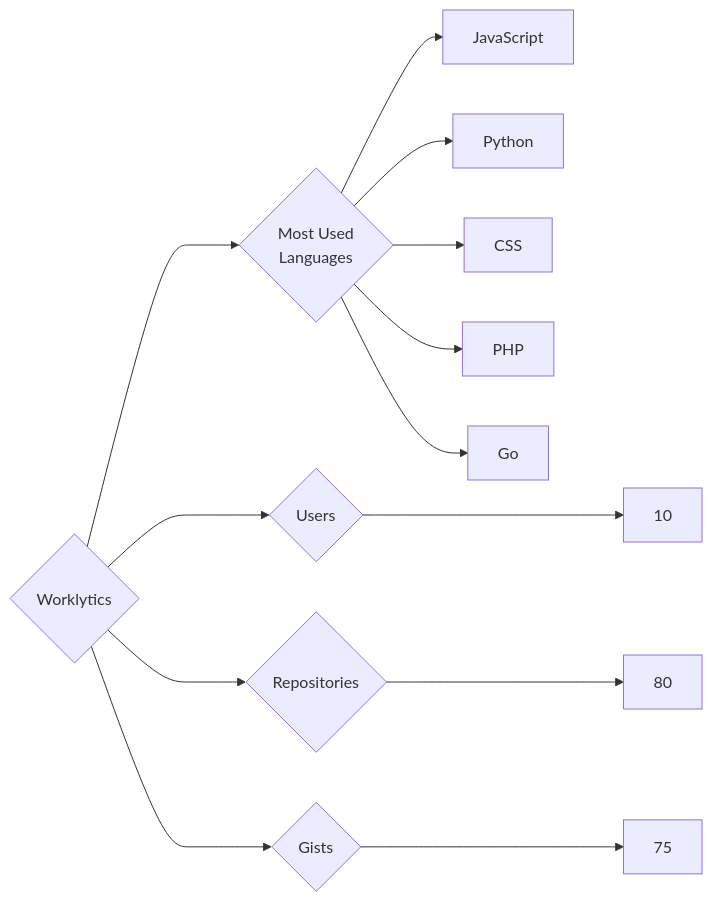
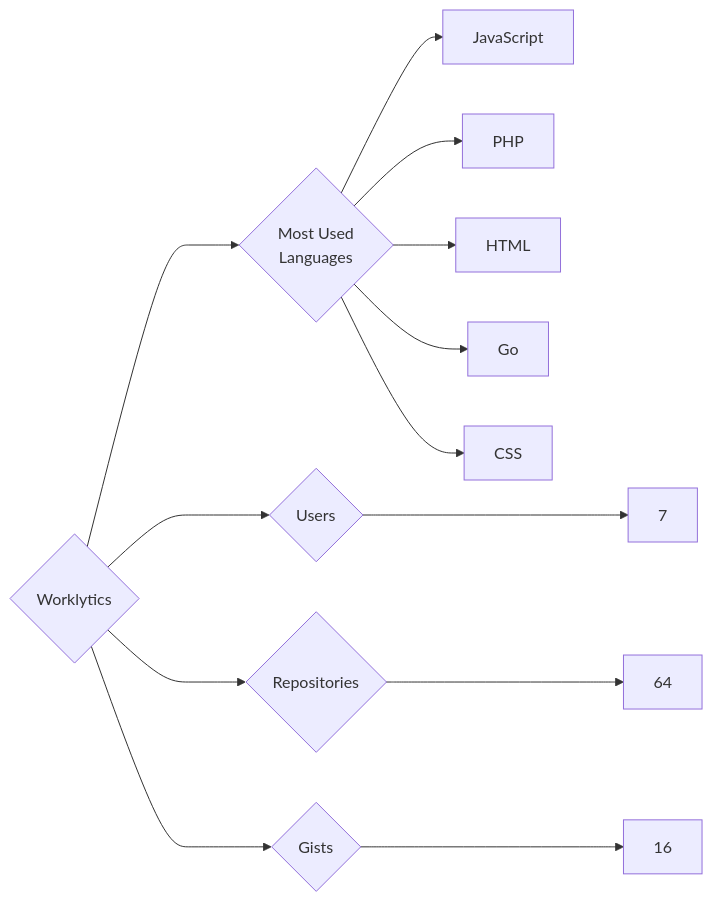
Before and after one commit to trickest/insiders: the diagram in targets/Worklytics/README.md, drawn with Mermaid. The commit also changed 1508 other files, not shown here.

````diff
--- a/targets/Worklytics/README.md
+++ b/targets/Worklytics/README.md
@@ -3,13 +3,13 @@
 ```mermaid
 graph LR
 COMPANY_NAME{Worklytics}
-COMPANY_NAME ---> U{Users} ---> UN[10]
-COMPANY_NAME ---> R{Repositories} ---> RN[80]
-COMPANY_NAME ---> G{Gists} ---> GN[75]
+COMPANY_NAME ---> U{Users} ---> UN[7]
+COMPANY_NAME ---> R{Repositories} ---> RN[64]
+COMPANY_NAME ---> G{Gists} ---> GN[16]
 COMPANY_NAME ---> ML{Most Used<br>Languages}
 ML --> JavaScript[JavaScript]
-ML --> Python[Python]
+ML --> PHP[PHP]
+ML --> HTML[HTML]
+ML --> Go[Go]
 ML --> CSS[CSS]
-ML --> PHP[PHP]
-ML --> Go[Go]
 ```
````
